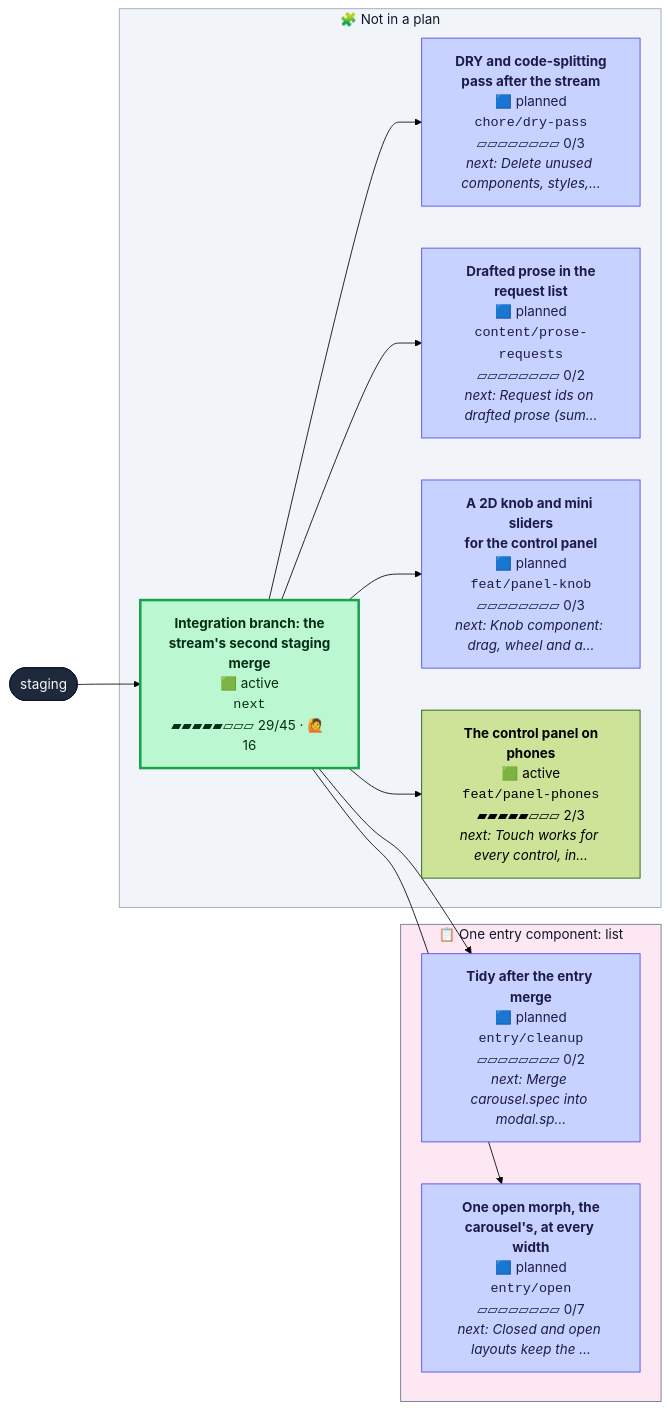
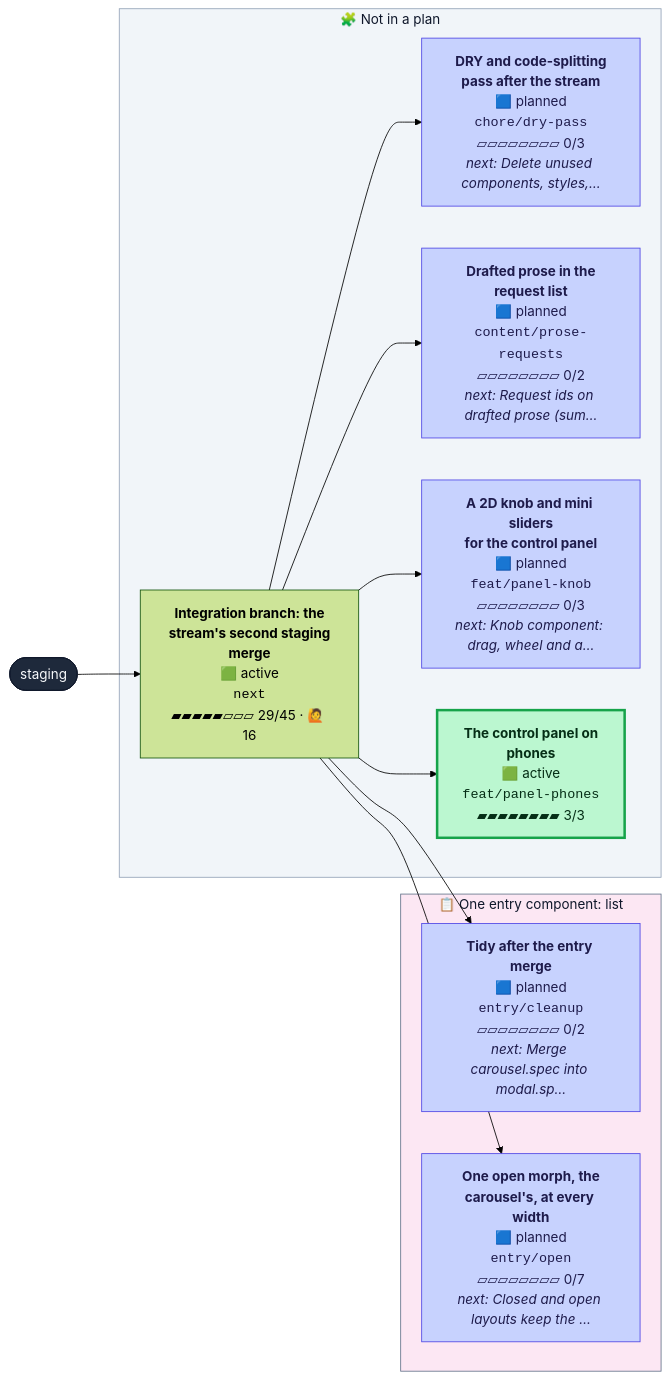
Before and after one commit to henryjonescodes/portfolio: the second of 2 diagrams in CONTRIBUTING.md, drawn with Mermaid (forest theme). The commit also changed other lines of this file, not shown here.

````diff
--- a/CONTRIBUTING.md
+++ b/CONTRIBUTING.md
@@ -57,41 +54,41 @@
 ```mermaid
 flowchart LR
   n_staging([staging])
   class n_staging trunk
   subgraph plan_1["📋 One entry component: list"]
     n_entry_cleanup["<b>Tidy after the entry merge</b><br/>🟦 planned<br/><code>entry/cleanup</code><br/>▱▱▱▱▱▱▱▱ 0/2<br/><i>next: Merge carousel.spec into modal.sp…</i>"]
     class n_entry_cleanup planned
     n_entry_open["<b>One open morph, the<br/>carousel's, at every width</b><br/>🟦 planned<br/><code>entry/open</code><br/>▱▱▱▱▱▱▱▱ 0/7<br/><i>next: Closed and open layouts keep the …</i>"]
     class n_entry_open planned
   end
   style plan_1 fill:#fce7f3,stroke:#64748b,color:#0f172a
   subgraph loose["🧩 Not in a plan"]
     n_chore_dry_pass["<b>DRY and code-splitting<br/>pass after the stream</b><br/>🟦 planned<br/><code>chore/dry-pass</code><br/>▱▱▱▱▱▱▱▱ 0/3<br/><i>next: Delete unused components, styles,…</i>"]
     class n_chore_dry_pass planned
     n_content_prose_requests["<b>Drafted prose in the<br/>request list</b><br/>🟦 planned<br/><code>content/prose-requests</code><br/>▱▱▱▱▱▱▱▱ 0/2<br/><i>next: Request ids on drafted prose (sum…</i>"]
     class n_content_prose_requests planned
     n_feat_panel_knob["<b>A 2D knob and mini sliders<br/>for the control panel</b><br/>🟦 planned<br/><code>feat/panel-knob</code><br/>▱▱▱▱▱▱▱▱ 0/3<br/><i>next: Knob component: drag, wheel and a…</i>"]
     class n_feat_panel_knob planned
-    n_feat_panel_phones["<b>The control panel on<br/>phones</b><br/>🟩 active<br/><code>feat/panel-phones</code><br/>▰▰▰▰▰▱▱▱ 2/3<br/><i>next: Touch works for every control, in…</i>"]
-    class n_feat_panel_phones active,current
+    n_feat_panel_phones["<b>The control panel on<br/>phones</b><br/>🟩 active<br/><code>feat/panel-phones</code><br/>▰▰▰▰▰▰▰▰ 3/3"]
+    class n_feat_panel_phones active
     n_next["<b>Integration branch: the<br/>stream's second staging<br/>merge</b><br/>🟩 active<br/><code>next</code><br/>▰▰▰▰▰▱▱▱ 29/45 · 🙋 16"]
-    class n_next active
+    class n_next active,current
   end
   style loose fill:#f1f5f9,stroke:#94a3b8,color:#0f172a
   n_next --> n_chore_dry_pass
   n_next --> n_content_prose_requests
   n_next --> n_entry_cleanup
   n_next --> n_entry_open
   n_next --> n_feat_panel_knob
   n_next --> n_feat_panel_phones
   n_staging --> n_next
   classDef merged fill:#dcfce7,stroke:#16a34a,color:#052e16
   classDef todo fill:#ffffff,stroke:#94a3b8,stroke-dasharray:2 2,color:#334155
   classDef planned fill:#c7d2fe,stroke:#4f46e5,color:#1e1b4b
   classDef sketched fill:#f8fafc,stroke:#64748b,stroke-dasharray:4 3,color:#334155
   classDef active fill:#bbf7d0,stroke:#16a34a,stroke-width:3px,color:#052e16
   classDef review fill:#fde68a,stroke:#d97706,stroke-width:3px,color:#451a03
   classDef blocked fill:#fecaca,stroke:#dc2626,stroke-width:3px,color:#450a0a
   classDef trunk fill:#1e293b,stroke:#0f172a,color:#f8fafc
   classDef current stroke:#0ea5e9,stroke-width:5px
 ```
````
